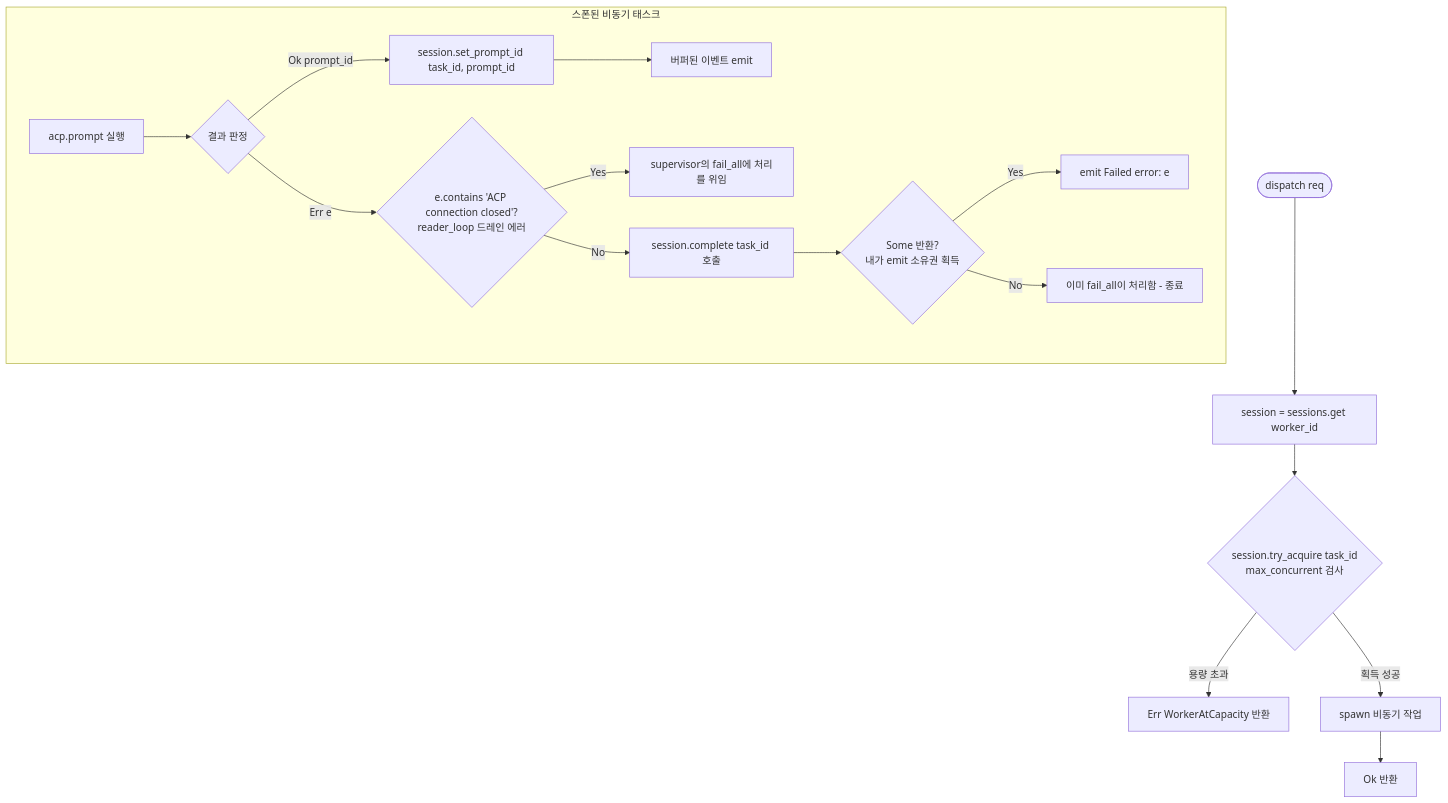
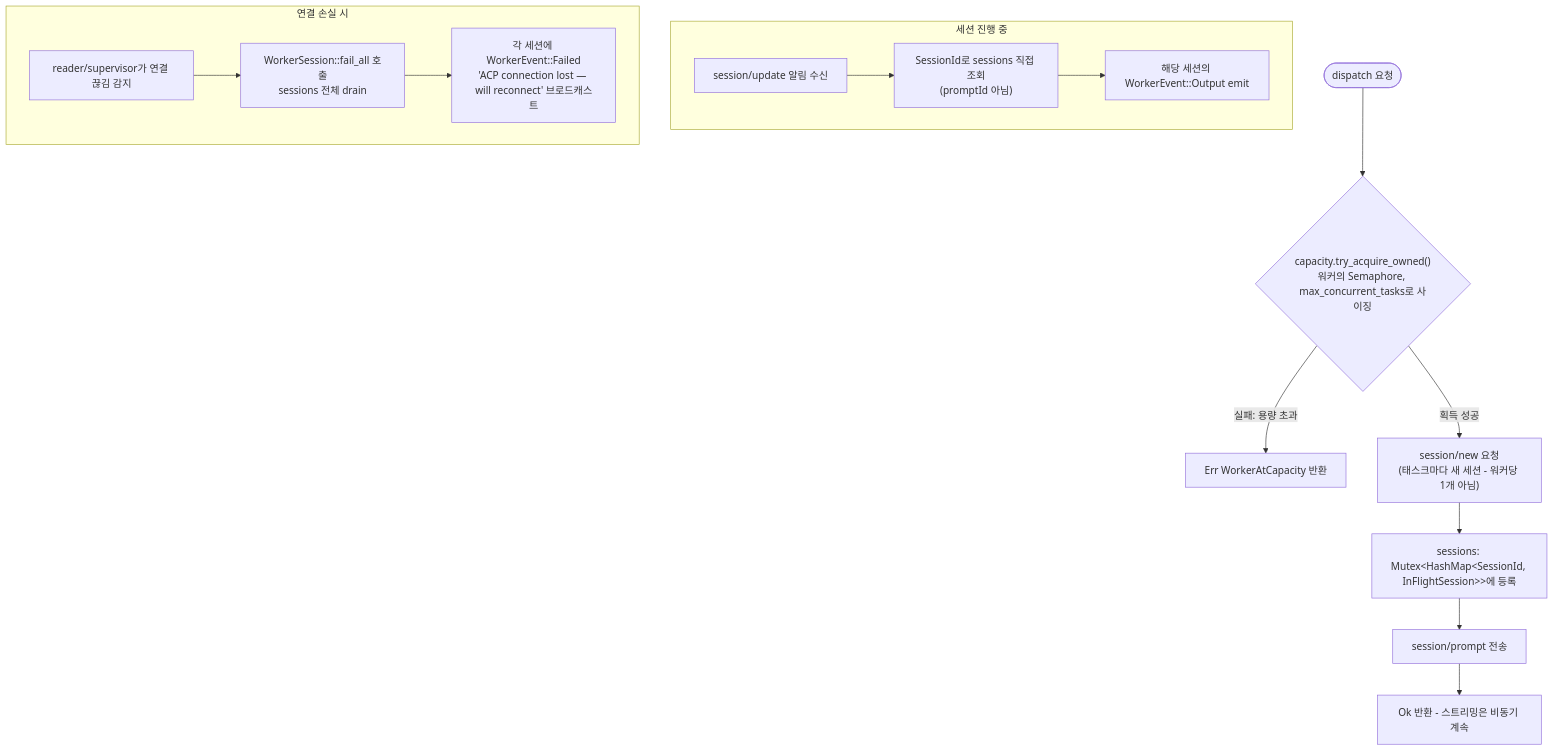
One commit to yarang/grok-fleet-orchestrator changed the diagram in docs/assets/diagrams/architecture/multi-session-dispatch.mmd. Above: the diagram before and after it, drawn with Mermaid. The commit also changed 8 other files, not shown here.

First line of the commit message:
docs(architecture): fact-check overview.md against code, fix 9 diagrams

```diff
--- a/docs/assets/diagrams/architecture/multi-session-dispatch.mmd
+++ b/docs/assets/diagrams/architecture/multi-session-dispatch.mmd
@@ -1,19 +1,17 @@
 flowchart TD
-    Start([dispatch req]) --> GetSession[session = sessions.get worker_id]
-    GetSession --> TryAcquire{session.try_acquire task_id<br/>max_concurrent 검사}
-    TryAcquire -->|용량 초과| RetCapacity[Err WorkerAtCapacity 반환]
-    TryAcquire -->|획득 성공| SpawnPrompt[spawn 비동기 작업]
-    SpawnPrompt --> ReturnOk[Ok 반환]
-    
-    subgraph Spawned Task [스폰된 비동기 태스크]
-        DoPrompt[acp.prompt 실행] --> MatchResult{결과 판정}
-        MatchResult -->|Ok prompt_id| SetPromptId[session.set_prompt_id task_id, prompt_id]
-        SetPromptId --> DrainBuffered[버퍼된 이벤트 emit]
-        
-        MatchResult -->|Err e| CheckConnClosed{e.contains 'ACP connection closed'?\nreader_loop 드레인 에러}
-        CheckConnClosed -- Yes --> DelegateSupervisor[supervisor의 fail_all에 처리를 위임]
-        CheckConnClosed -- No --> CompleteTask[session.complete task_id 호출]
-        CompleteTask --> CheckEmitOwner{Some 반환?\n내가 emit 소유권 획득}
-        CheckEmitOwner -- Yes --> EmitFailed[emit Failed error: e]
-        CheckEmitOwner -- No --> NormalExit[이미 fail_all이 처리함 - 종료]
+    Start([dispatch 요청]) --> TryAcquire{"capacity.try_acquire_owned()<br/>워커의 Semaphore, max_concurrent_tasks로 사이징"}
+    TryAcquire -->|실패: 용량 초과| RetCapacity[Err WorkerAtCapacity 반환]
+    TryAcquire -->|획득 성공| NewSession["session/new 요청<br/>(태스크마다 새 세션 - 워커당 1개 아님)"]
+    NewSession --> RegisterSession["sessions: Mutex&lt;HashMap&lt;SessionId, InFlightSession&gt;&gt;에 등록"]
+    RegisterSession --> SendPrompt[session/prompt 전송]
+    SendPrompt --> ReturnOk[Ok 반환 - 스트리밍은 비동기 계속]
+
+    subgraph Streaming [세션 진행 중]
+        Notify["session/update 알림 수신"] --> RouteBySession["SessionId로 sessions 직접 조회<br/>(promptId 아님)"]
+        RouteBySession --> EmitOutput[해당 세션의 WorkerEvent::Output emit]
     end
+
+    subgraph ConnLoss [연결 손실 시]
+        Detect[reader/supervisor가 연결 끊김 감지] --> FailAll["WorkerSession::fail_all 호출<br/>sessions 전체 drain"]
+        FailAll --> EmitFailed["각 세션에 WorkerEvent::Failed<br/>'ACP connection lost — will reconnect' 브로드캐스트"]
+    end
```
